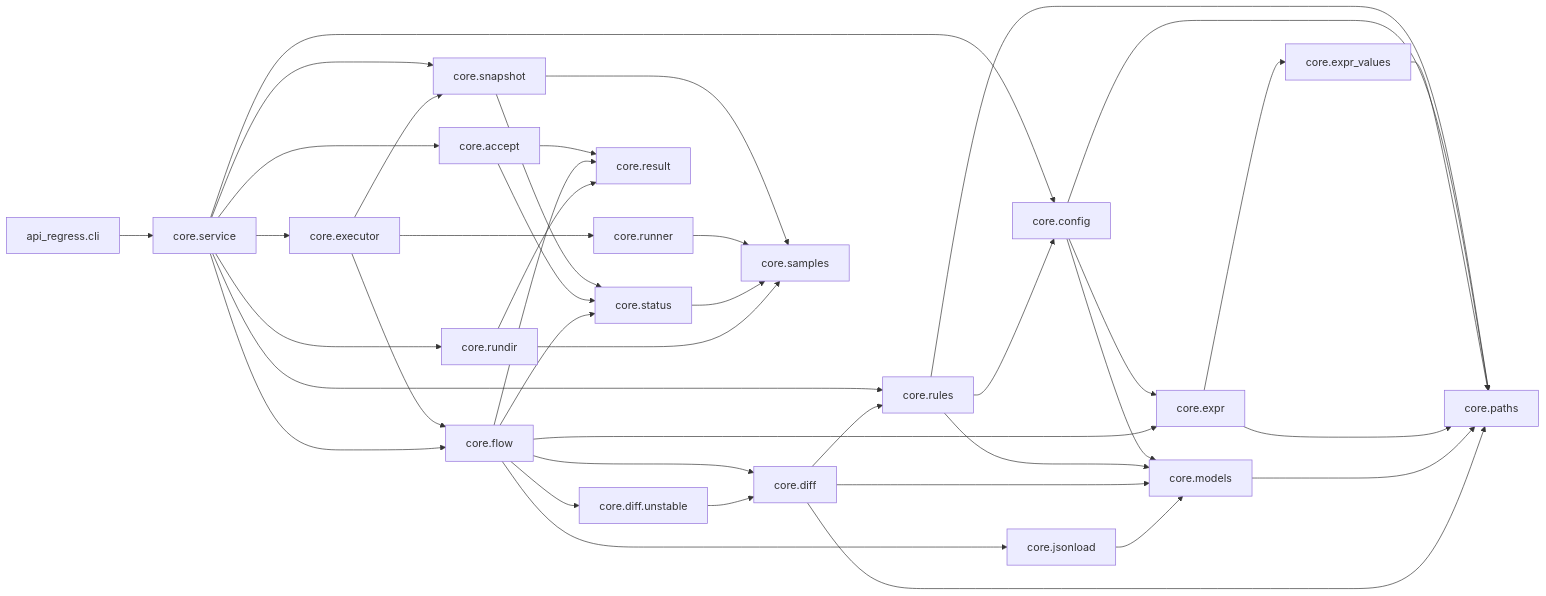
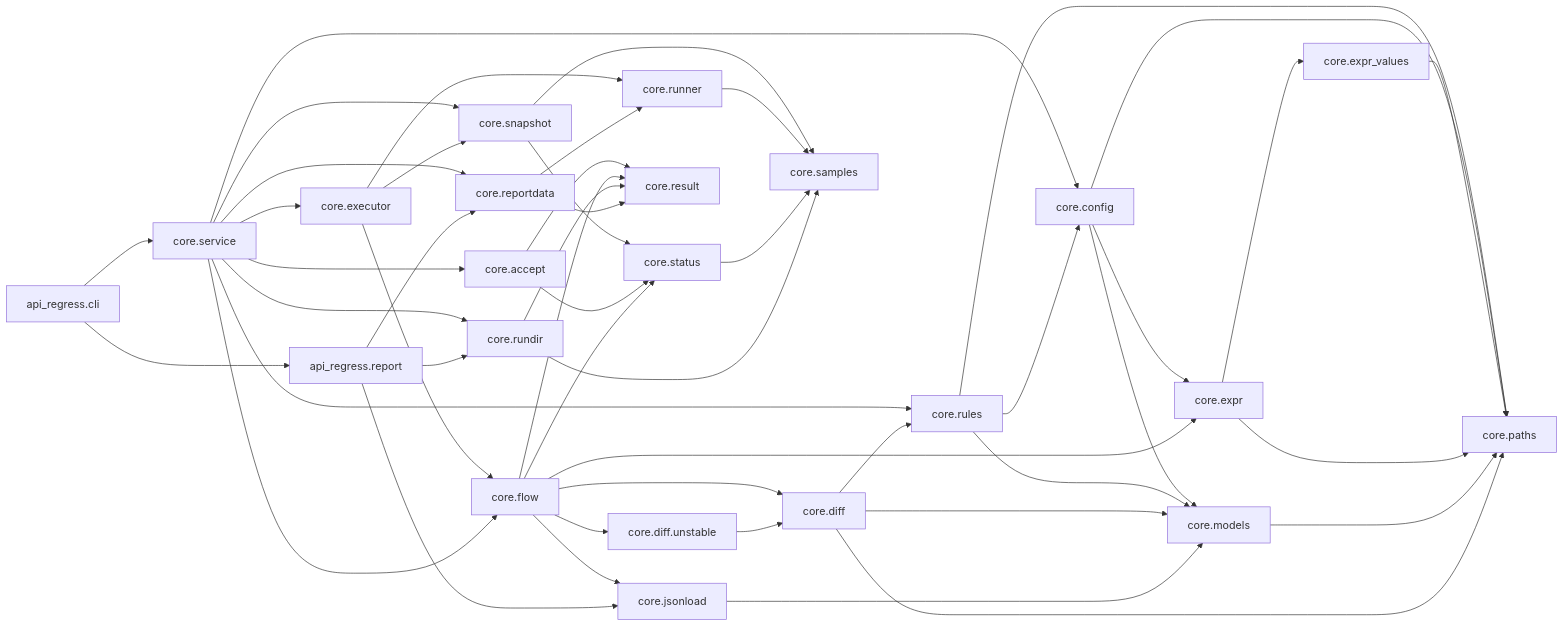
One commit to caiuswang/api-regress changed the first of 5 diagrams in doc/dev/architecture.md. Above: the diagram before and after it, drawn with Mermaid. The commit also changed other lines of this file and 24 other files, not shown here.

````diff
--- a/doc/dev/architecture.md
+++ b/doc/dev/architecture.md
@@ -8,43 +8,50 @@
 ```mermaid
 flowchart LR
   CLI[api_regress.cli] --> SVC[core.service]
   SVC --> CFG[core.config]
   SVC --> RULES[core.rules]
   RULES --> CFG
   RULES --> PATHS[core.paths]
   CFG --> PATHS
   CFG --> EXPR[core.expr]
   EXPR --> EXPRV[core.expr_values]
   EXPRV --> PATHS
   EXPR --> PATHS
   CFG --> MODELS[core.models]
   RULES --> MODELS
   MODELS --> PATHS
   DIFF[core.diff] --> RULES
   DIFF --> MODELS
   DIFF --> PATHS
   JSONLOAD[core.jsonload] --> MODELS
   SVC --> EXEC[core.executor]
   EXEC --> RUNNER[core.runner]
   EXEC --> FLOW[core.flow]
   SVC --> FLOW
   SVC --> RUNDIR[core.rundir]
   SVC --> SNAP[core.snapshot]
   SVC --> ACCEPT[core.accept]
   EXEC --> SNAP
   SNAP --> SAMPLES
   SNAP --> STATUS
   ACCEPT --> RESULT
   ACCEPT --> STATUS
   FLOW --> STATUS[core.status]
   FLOW --> DIFF
   FLOW --> UNSTABLE[core.diff.unstable]
   FLOW --> JSONLOAD
   FLOW --> EXPR
   FLOW --> RESULT[core.result]
   UNSTABLE --> DIFF
   RUNNER --> SAMPLES[core.samples]
   STATUS --> SAMPLES
   RUNDIR --> SAMPLES
   RUNDIR --> RESULT
+  SVC --> RDATA[core.reportdata]
+  RDATA --> RUNNER
+  RDATA --> RESULT
+  CLI --> REPORT[api_regress.report]
+  REPORT --> RDATA
+  REPORT --> JSONLOAD
+  REPORT --> RUNDIR
 ```
````
